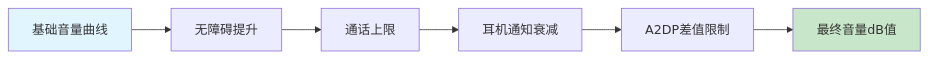
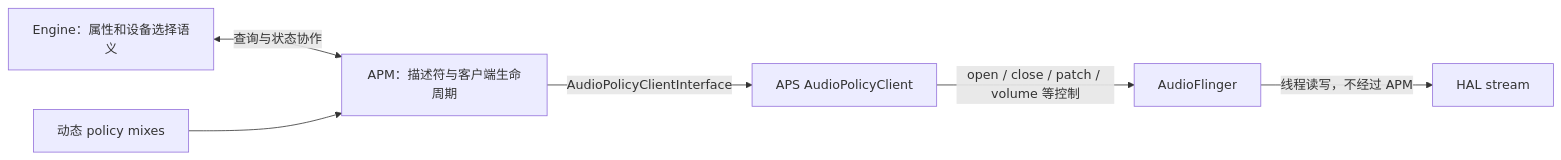
Before and after one commit to yanglinzhen1022/SA8295_AAOS_QNX_Audio_KnowledgeBase: the fourth of 4 diagrams in 06_Audio_Policy_Engine/06_6.2_AudioPolicyManager-策略核心实现.md, drawn with Mermaid. The commit also changed other lines of this file and 11 other files, not shown here.

````diff
--- a/06_Audio_Policy_Engine/06_6.2_AudioPolicyManager-策略核心实现.md
+++ b/06_Audio_Policy_Engine/06_6.2_AudioPolicyManager-策略核心实现.md
@@ -775,11 +169,8 @@
 ```mermaid
 flowchart LR
-    A[基础音量曲线] --> B[无障碍提升]
-    B --> C[通话上限]
-    C --> D[耳机通知衰减]
-    D --> E[A2DP差值限制]
-    E --> F[最终音量dB值]
-    
-    style A fill:#e1f5fe
-    style F fill:#c8e6c9
+    E[Engine：属性和设备选择语义] <-->|查询与状态协作| M[APM：描述符与客户端生命周期]
+    X[动态 policy mixes] --> M
+    M -->|AudioPolicyClientInterface| C[APS AudioPolicyClient]
+    C -->|open / close / patch / volume 等控制| F[AudioFlinger]
+    F -->|线程读写，不经过 APM| H[HAL stream]
 ```
````
